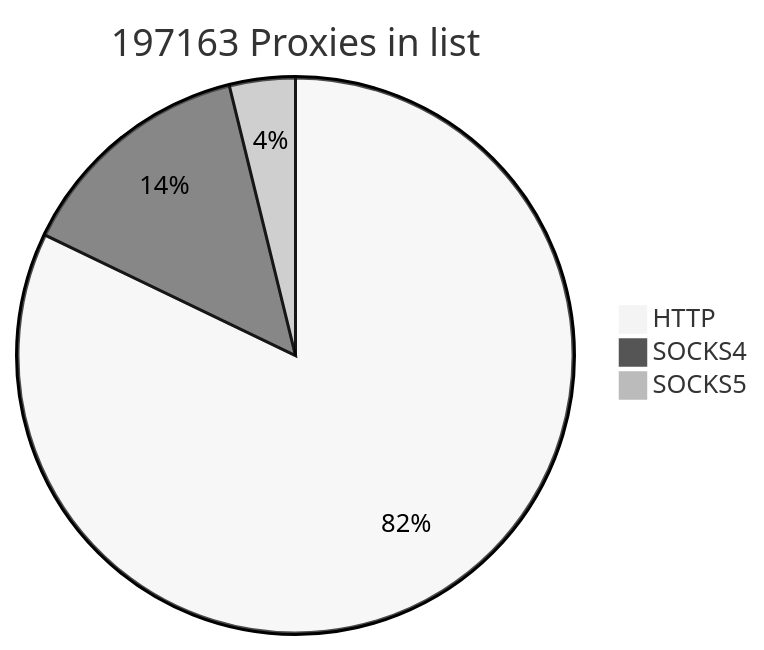
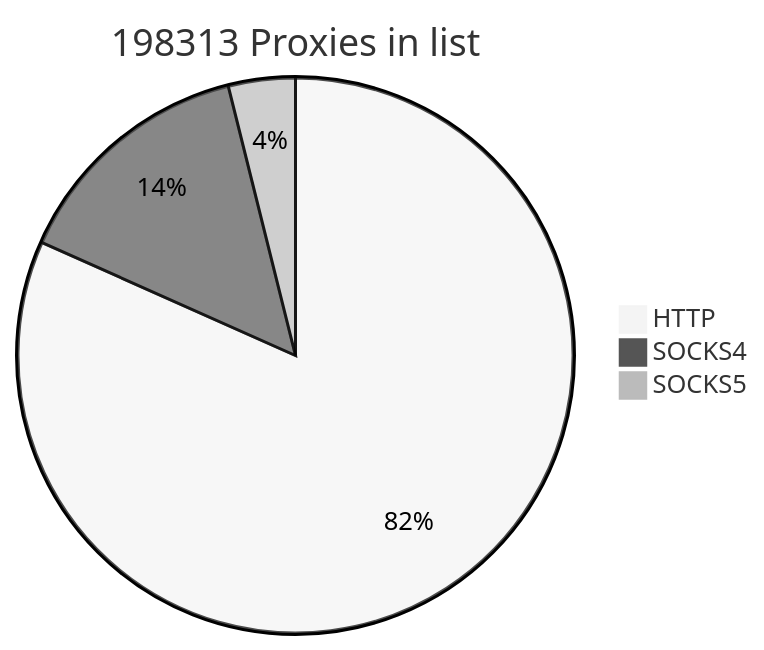
Before and after one commit to cutipu/proxylist: the first of 2 diagrams in README.md, drawn with Mermaid (neutral theme). The commit also changed other lines of this file, not shown here.

````diff
--- a/README.md
+++ b/README.md
@@ -2,7 +2,7 @@
 ```mermaid
-pie title 197163 Proxies in list
-    "HTTP" : 161941
-    "SOCKS4" : 27677
-    "SOCKS5" : 7545
+pie title 198313 Proxies in list
+    "HTTP" : 161966
+    "SOCKS4" : 28630
+    "SOCKS5" : 7717
             
 ```
````
